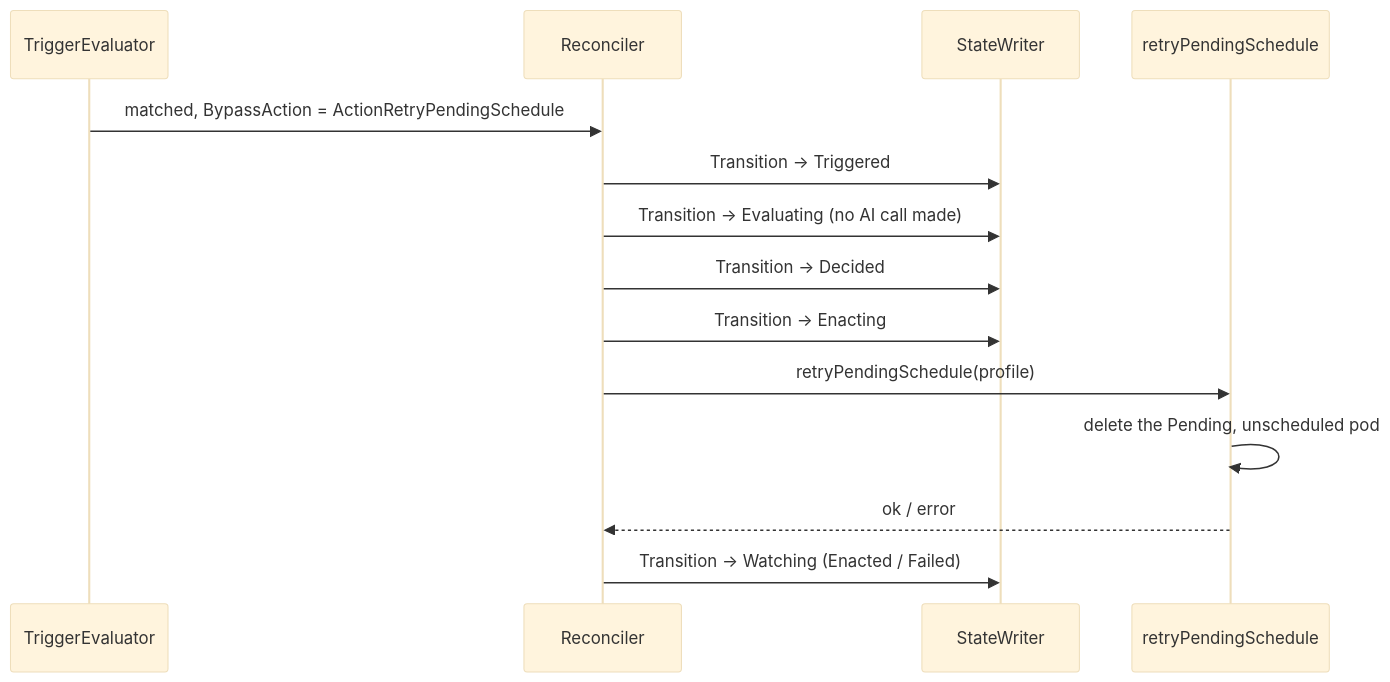
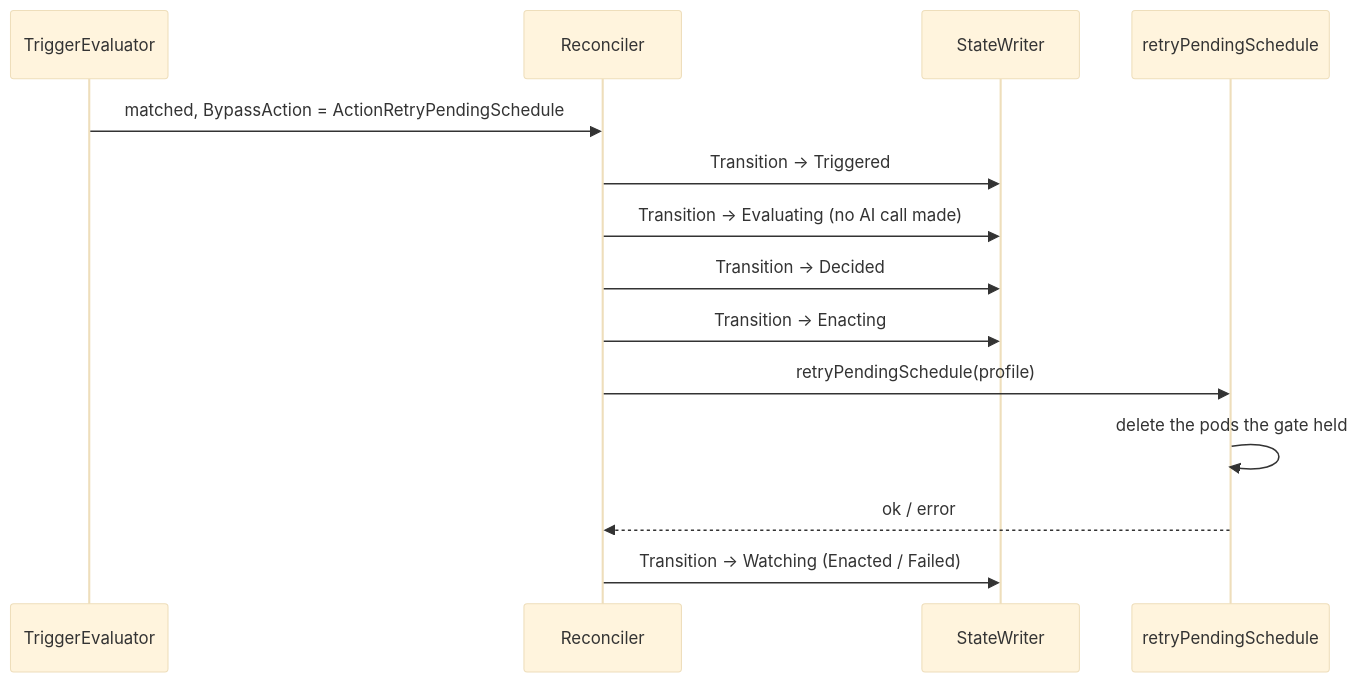
Before and after one commit to HIRO-MicroDataCenters-BV/hiro-adaptive-orchestrator: the sixth of 35 diagrams in internal/rebalance/README.md, drawn with Mermaid (base theme). The commit also changed other lines of this file and 33 other files, not shown here.

Commit message:
Refuse Move and AdjustResources during an energy hold, retry only pods the gate held, make the retry age configurable, and flag undeclared autoscalers

````diff
--- a/internal/rebalance/README.md
+++ b/internal/rebalance/README.md
@@ -243,17 +244,17 @@
 ```mermaid
 sequenceDiagram
     participant T as TriggerEvaluator
     participant R as Reconciler
     participant W as StateWriter
     participant E as retryPendingSchedule
 
     T->>R: matched, BypassAction = ActionRetryPendingSchedule
     R->>W: Transition -> Triggered
     R->>W: Transition -> Evaluating (no AI call made)
     R->>W: Transition -> Decided
     R->>W: Transition -> Enacting
     R->>E: retryPendingSchedule(profile)
-    E->>E: delete the Pending, unscheduled pod
+    E->>E: delete the pods the gate held
     E-->>R: ok / error
     R->>W: Transition -> Watching (Enacted / Failed)
 ```
````
